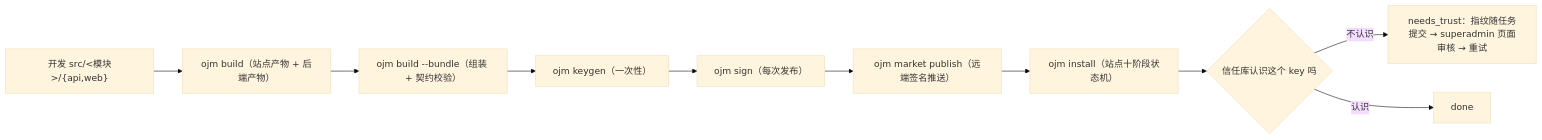
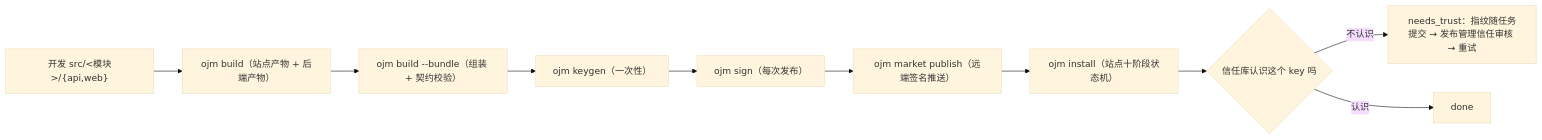
The diagram in docs/guides/solution-dev-build-publish.md (everpan/oj-module), drawn with Mermaid (base theme) before and after one commit. The commit also changed other lines of this file and 28 other files, not shown here.

````diff
--- a/docs/guides/solution-dev-build-publish.md
+++ b/docs/guides/solution-dev-build-publish.md
@@ -11,12 +11,12 @@
 ```mermaid
 flowchart LR
   A["开发 src/<模块>/{api,web}"] --> B["ojm build（站点产物 + 后端产物）"]
   B --> C["ojm build --bundle（组装 + 契约校验）"]
   C --> D["ojm keygen（一次性）"]
   D --> E["ojm sign（每次发布）"]
   E --> F["ojm market publish（远端签名推送）"]
   F --> G["ojm install（站点十阶段状态机）"]
   G --> H{"信任库认识这个 key 吗"}
-  H -->|"不认识"| I["needs_trust：指纹随任务提交 → superadmin 页面审核 → 重试"]
+  H -->|"不认识"| I["needs_trust：指纹随任务提交 → 发布管理信任审核 → 重试"]
   H -->|"认识"| J["done"]
 ```
````
